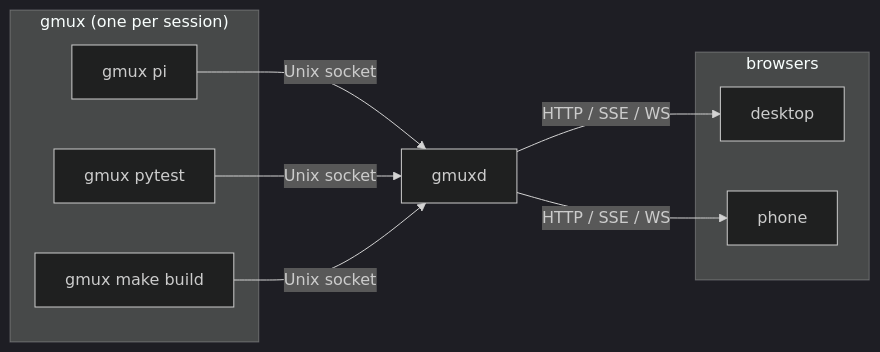
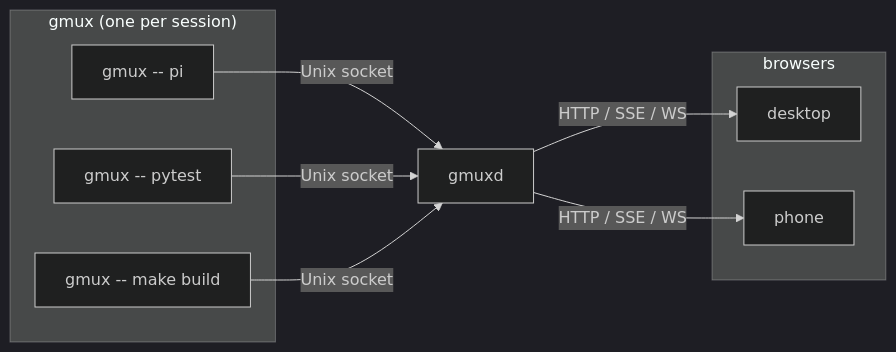
One commit to gmuxapp/gmux changed the diagram in apps/website/src/content/docs/architecture.md. Above: the diagram before and after it, drawn with Mermaid. The commit also changed 40 other files, not shown here.

````diff
--- a/apps/website/src/content/docs/architecture.md
+++ b/apps/website/src/content/docs/architecture.md
@@ -53,22 +53,22 @@
 ```mermaid
 %%{init: {'theme': 'dark'}}%%
 graph LR
     subgraph runners ["gmux (one per session)"]
-        r1["gmux pi"]
-        r2["gmux pytest"]
-        r3["gmux make build"]
+        r1["gmux -- pi"]
+        r2["gmux -- pytest"]
+        r3["gmux -- make build"]
     end
 
     d["gmuxd"]
 
     subgraph clients ["browsers"]
         b1["desktop"]
         b2["phone"]
     end
 
     r1 -- "Unix socket" --> d
     r2 -- "Unix socket" --> d
     r3 -- "Unix socket" --> d
     d -- "HTTP / SSE / WS" --> b1
     d -- "HTTP / SSE / WS" --> b2
 ```
````
